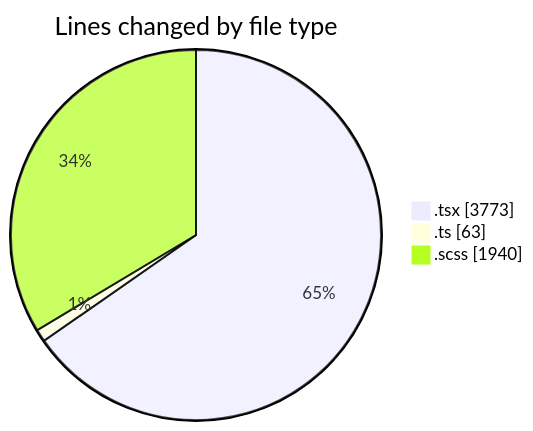
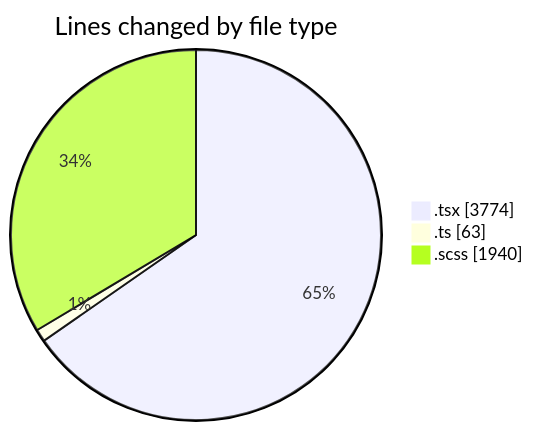
One commit to momahboobian/code-tracking changed the first of 2 diagrams in 2025-04-02/cda/README.md. Above: the diagram before and after it, drawn with Mermaid. The commit also changed other lines of this file and 1 other file, not shown here.

````diff
--- a/2025-04-02/cda/README.md
+++ b/2025-04-02/cda/README.md
@@ -30,7 +30,7 @@
 ```mermaid
 pie showData
 title Lines changed by file type
-".tsx" : 3773
+".tsx" : 3774
 ".ts" : 63
 ".scss" : 1940
 ```
````
